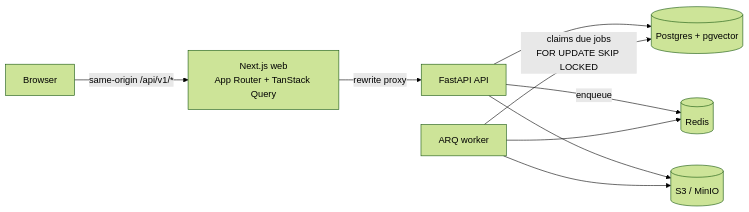
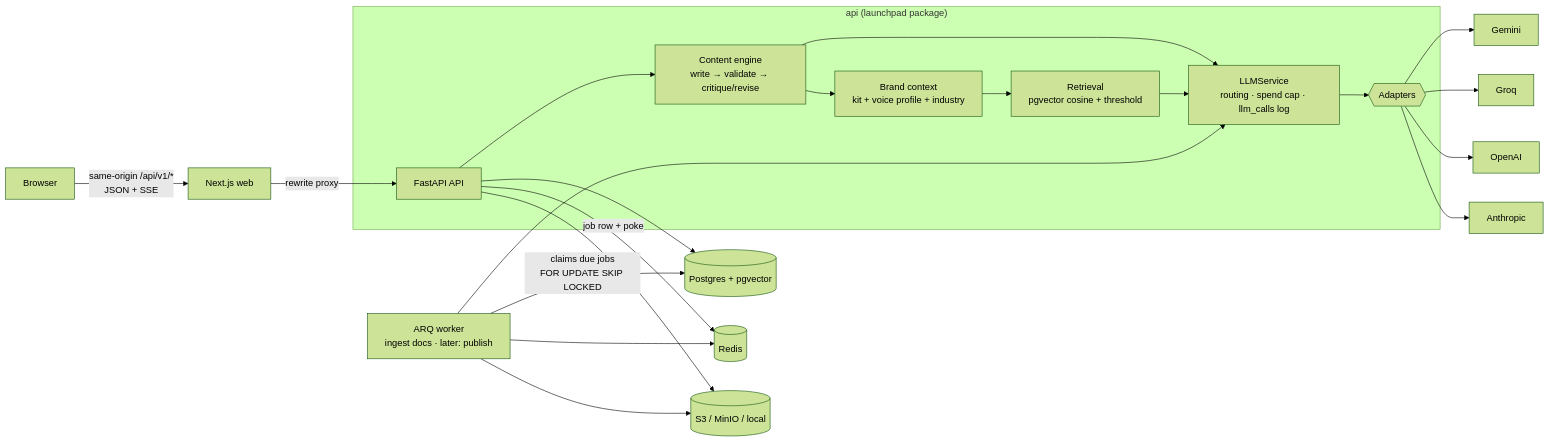
One commit to Devvv2607/launchpad changed the diagram in README.md. Above: the diagram before and after it, drawn with Mermaid (forest theme). The commit also changed other lines of this file, not shown here.

Commit message:
docs: README for Phase 2 (architecture, env vars, evals, design decisions)

````diff
--- a/README.md
+++ b/README.md
@@ -9,11 +17,21 @@
 ```mermaid
 flowchart LR
-  B[Browser] -->|same-origin /api/v1/*| W[Next.js web<br/>App Router + TanStack Query]
+  B[Browser] -->|same-origin /api/v1/*<br/>JSON + SSE| W[Next.js web]
   W -->|rewrite proxy| A[FastAPI API]
+  subgraph API["api (launchpad package)"]
+    A --> CE[Content engine<br/>write → validate → critique/revise]
+    CE --> CTX[Brand context<br/>kit + voice profile + industry]
+    CTX --> RAG[Retrieval<br/>pgvector cosine + threshold]
+    CE --> LLM[LLMService<br/>routing · spend cap · llm_calls log]
+    RAG --> LLM
+    LLM --> AD{{Adapters}}
+  end
+  AD --> G[Gemini] & Q[Groq] & O[OpenAI] & C[Anthropic]
   A --> P[(Postgres + pgvector)]
-  A -->|enqueue| R[(Redis)]
-  K[ARQ worker] --> R
+  A -->|job row + poke| R[(Redis)]
+  K[ARQ worker<br/>ingest docs · later: publish] --> R
   K -->|claims due jobs<br/>FOR UPDATE SKIP LOCKED| P
-  A --> S[(S3 / MinIO)]
+  K --> LLM
+  A --> S[(S3 / MinIO / local)]
   K --> S
 ```
````
